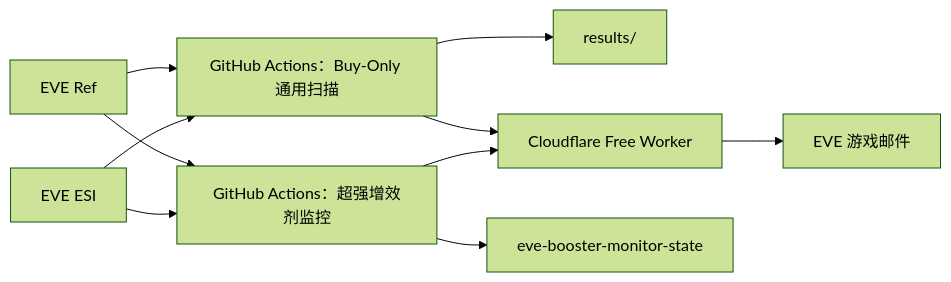
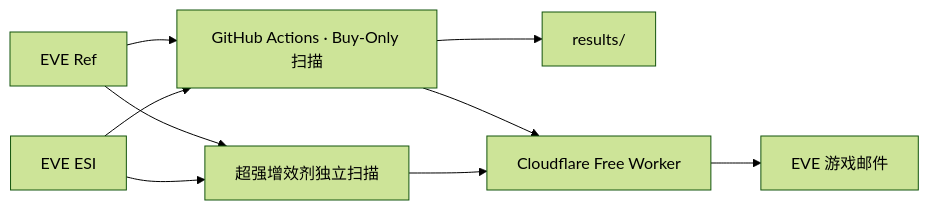
Before and after one commit to samson8964/chatgpt-eve: the diagram in README.md, drawn with Mermaid (forest theme). The commit also changed other lines of this file, not shown here.

Commit message:
docs: sync README with final buy-only pipeline

````diff
--- a/README.md
+++ b/README.md
@@ -30,13 +26,12 @@
 ```mermaid
 flowchart LR
-  ref["EVE Ref"] --> general["GitHub Actions：Buy-Only 通用扫描"]
-  esi["EVE ESI"] --> general
-  general --> results["results/"]
-  general --> relay["Cloudflare Free Worker"]
-  relay --> mail["EVE 游戏邮件"]
+  ref["EVE Ref"] --> scan["GitHub Actions · Buy-Only 扫描"]
+  esi["EVE ESI"] --> scan
+  scan --> results["results/"]
+  scan --> cf["Cloudflare Free Worker"]
+  cf --> mail["EVE 游戏邮件"]
 
-  ref --> booster["GitHub Actions：超强增效剂监控"]
+  ref --> booster["超强增效剂独立扫描"]
   esi --> booster
-  booster --> boosterstate["eve-booster-monitor-state"]
-  booster --> relay
+  booster --> cf
 ```
````
